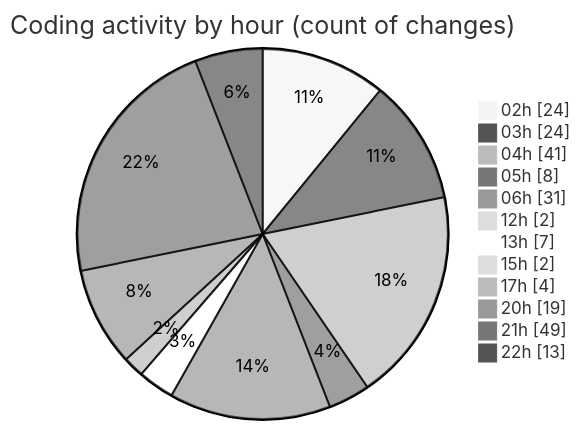
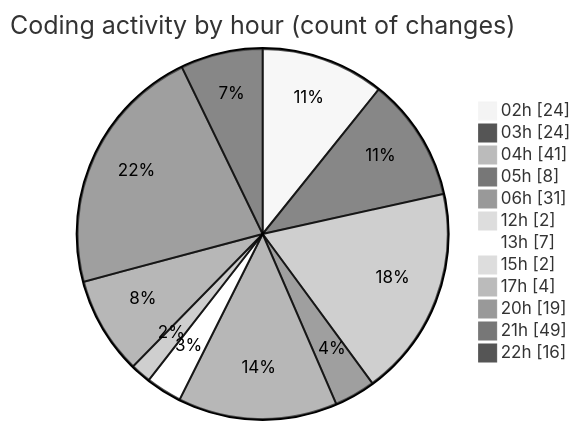
One commit to lephambinh05/code-tracking changed the second of 2 diagrams in 2025-07-23/quanlyrapchieuphim/README.md. Above: the diagram before and after it, drawn with Mermaid (neutral theme). The commit also changed other lines of this file and 1 other file, not shown here.

````diff
--- a/2025-07-23/quanlyrapchieuphim/README.md
+++ b/2025-07-23/quanlyrapchieuphim/README.md
@@ -46,16 +46,16 @@
 ```mermaid
 pie showData
 title Coding activity by hour (count of changes)
 "02h" : 24
 "03h" : 24
 "04h" : 41
 "05h" : 8
 "06h" : 31
 "12h" : 2
 "13h" : 7
 "15h" : 2
 "17h" : 4
 "20h" : 19
 "21h" : 49
-"22h" : 13
+"22h" : 16
 ```
````
